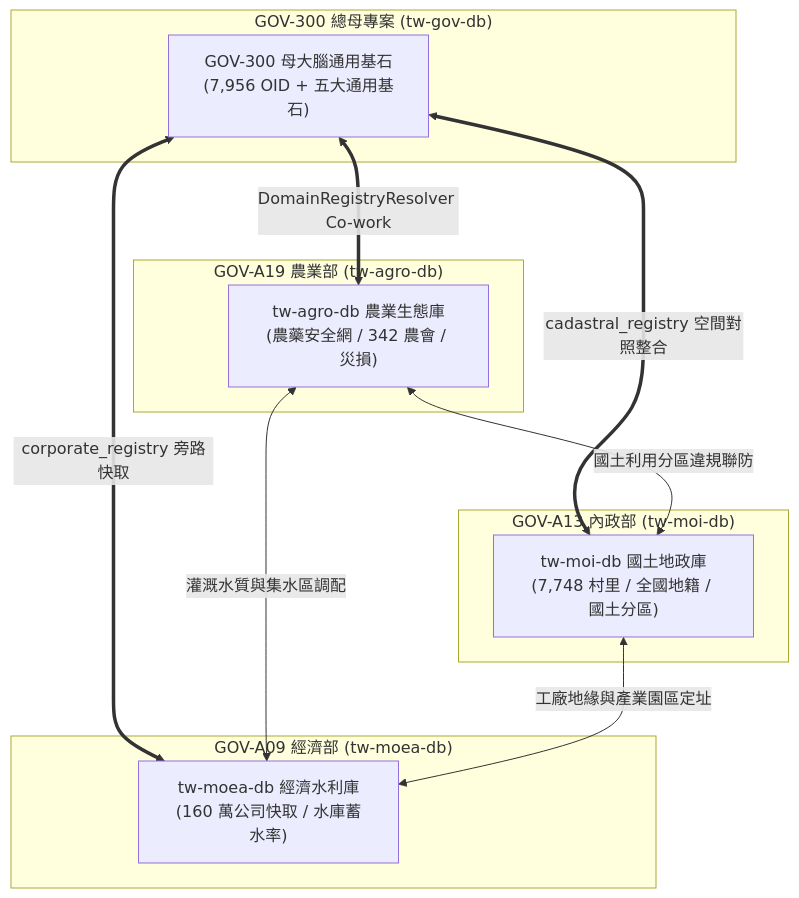
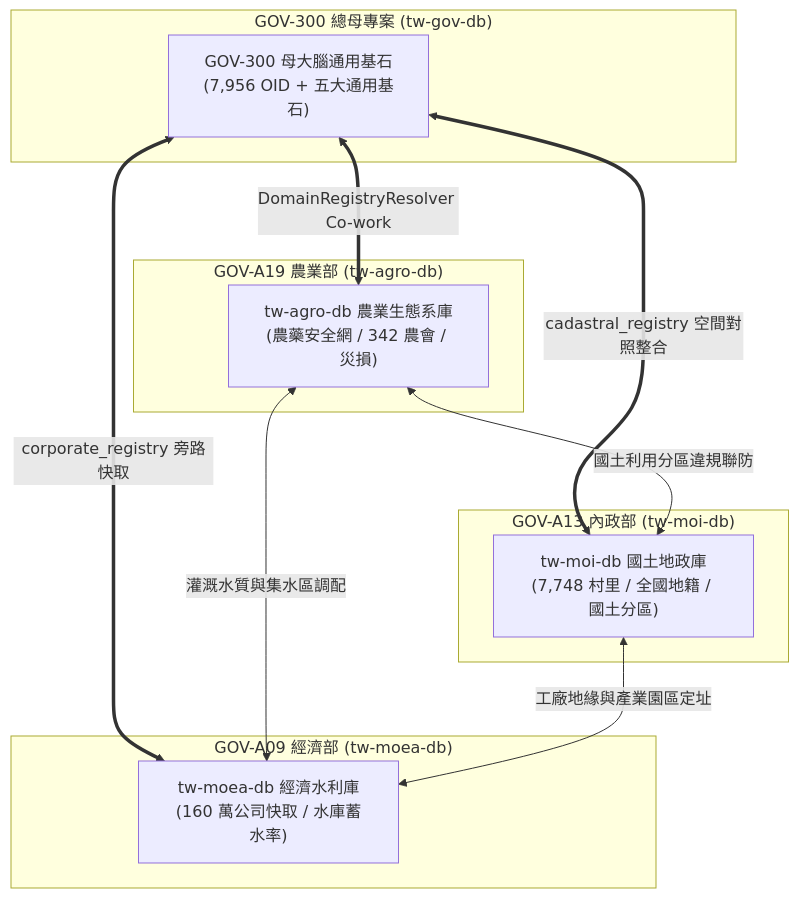
Before and after one commit to wuulong/tw-gov-db: the diagram in book/07_conclusion.md, drawn with Mermaid. The commit also changed other lines of this file and 37 other files, not shown here.

````diff
--- a/book/07_conclusion.md
+++ b/book/07_conclusion.md
@@ -26,25 +26,25 @@
 ```mermaid
 graph TD
     subgraph Mother["GOV-300 總母專案 (tw-gov-db)"]
         G300["GOV-300 母大腦通用基石<br>(7,956 OID + 五大通用基石)"]
     end
 
     subgraph Child1["GOV-A19 農業部 (tw-agro-db)"]
-        A19["tw-agro-db 農業生態庫<br>(農藥安全網 / 342 農會 / 災損)"]
+        A19["tw-agro-db 農業生態系庫<br>(農藥安全網 / 342 農會 / 災損)"]
     end
 
     subgraph Child2["GOV-A13 內政部 (tw-moi-db)"]
         A13["tw-moi-db 國土地政庫<br>(7,748 村里 / 全國地籍 / 國土分區)"]
     end
 
     subgraph Child3["GOV-A09 經濟部 (tw-moea-db)"]
         A09["tw-moea-db 經濟水利庫<br>(160 萬公司快取 / 水庫蓄水率)"]
     end
 
     G300 <==>|DomainRegistryResolver Co-work| A19
     G300 <==>|cadastral_registry 空間對照整合| A13
     G300 <==>|corporate_registry 旁路快取| A09
     A19 <-->|國土利用分區違規聯防| A13
     A19 <-->|灌溉水質與集水區調配| A09
     A13 <-->|工廠地緣與產業園區定址| A09
 ```
````
